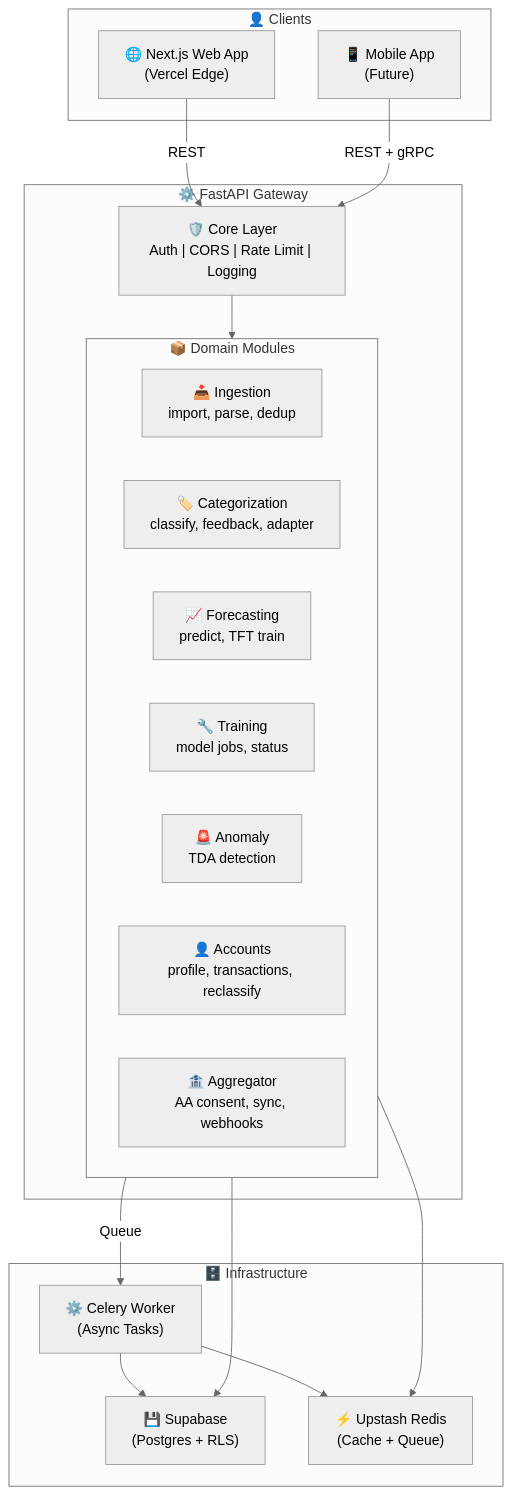
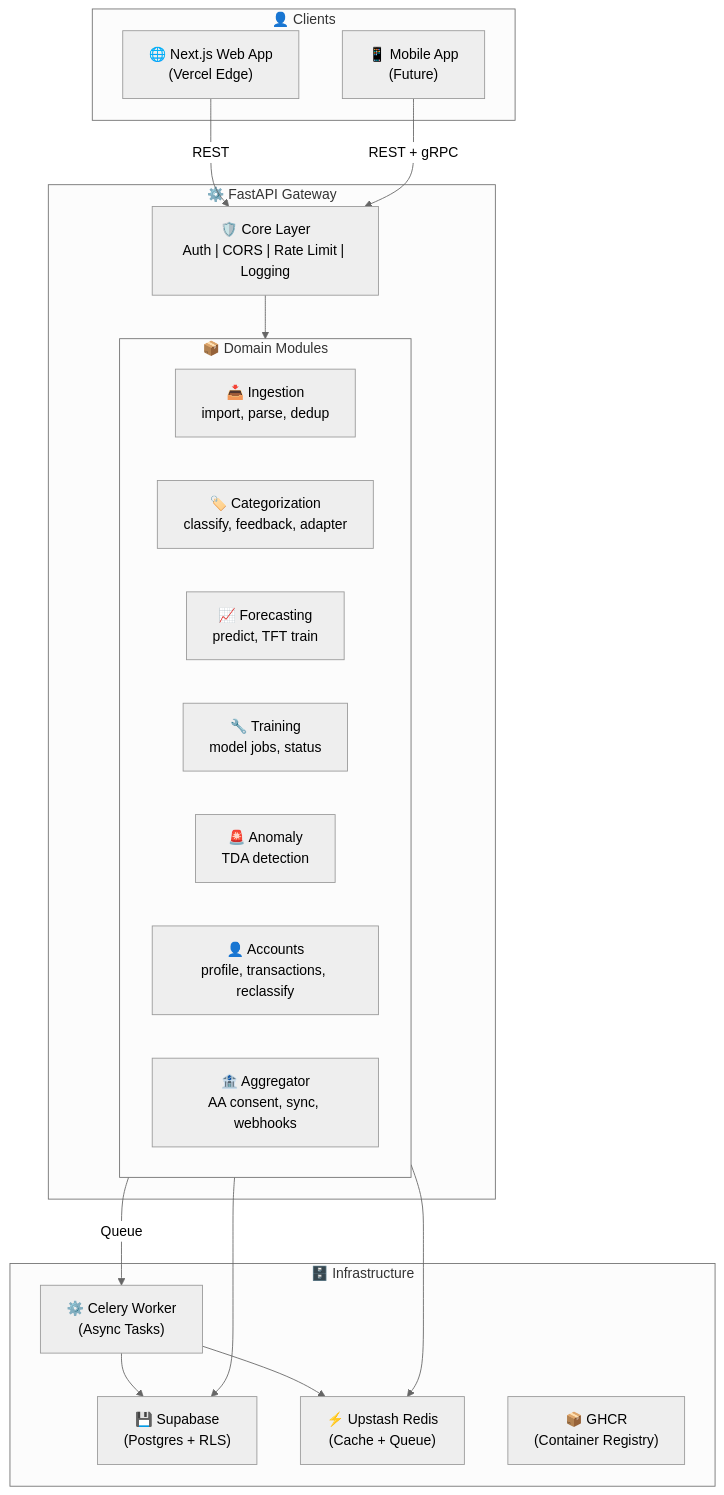
Before and after one commit to hassang371/spendsmart-dashboard: the first of 3 diagrams in docs/design/system-architecture.md, drawn with Mermaid (neutral theme). The commit also changed other lines of this file and 1 other file, not shown here.

Commit message:
docs: sync system-architecture HLD with GHCR, update LLD 006 status to Implemented
Refs: docs/features/006-ci-cd-pipeline-hardening.md

````diff
--- a/docs/design/system-architecture.md
+++ b/docs/design/system-architecture.md
@@ -15,36 +15,37 @@
 ```mermaid
 graph TB
     subgraph Clients["👤 Clients"]
         Web["🌐 Next.js Web App<br/>(Vercel Edge)"]
         Mobile["📱 Mobile App<br/>(Future)"]
     end
 
     subgraph Gateway["⚙️ FastAPI Gateway"]
         Core["🛡️ Core Layer<br/>Auth | CORS | Rate Limit | Logging"]
 
         subgraph Domains["📦 Domain Modules"]
             Ing["📥 Ingestion<br/>import, parse, dedup"]
             Cat["🏷️ Categorization<br/>classify, feedback, adapter"]
             Fore["📈 Forecasting<br/>predict, TFT train"]
             Train["🔧 Training<br/>model jobs, status"]
             Anom["🚨 Anomaly<br/>TDA detection"]
             Acc["👤 Accounts<br/>profile, transactions, reclassify"]
             Agg["🏦 Aggregator<br/>AA consent, sync, webhooks"]
         end
     end
 
     subgraph Infra["🗄️ Infrastructure"]
         DB["💾 Supabase<br/>(Postgres + RLS)"]
         Redis["⚡ Upstash Redis<br/>(Cache + Queue)"]
         Worker["⚙️ Celery Worker<br/>(Async Tasks)"]
+        GHCR["📦 GHCR<br/>(Container Registry)"]
     end
 
     Web -->|REST| Core
     Mobile -->|REST + gRPC| Core
     Core --> Domains
     Domains --> DB
     Domains --> Redis
     Domains -->|Queue| Worker
     Worker --> DB
     Worker --> Redis
 ```
````
